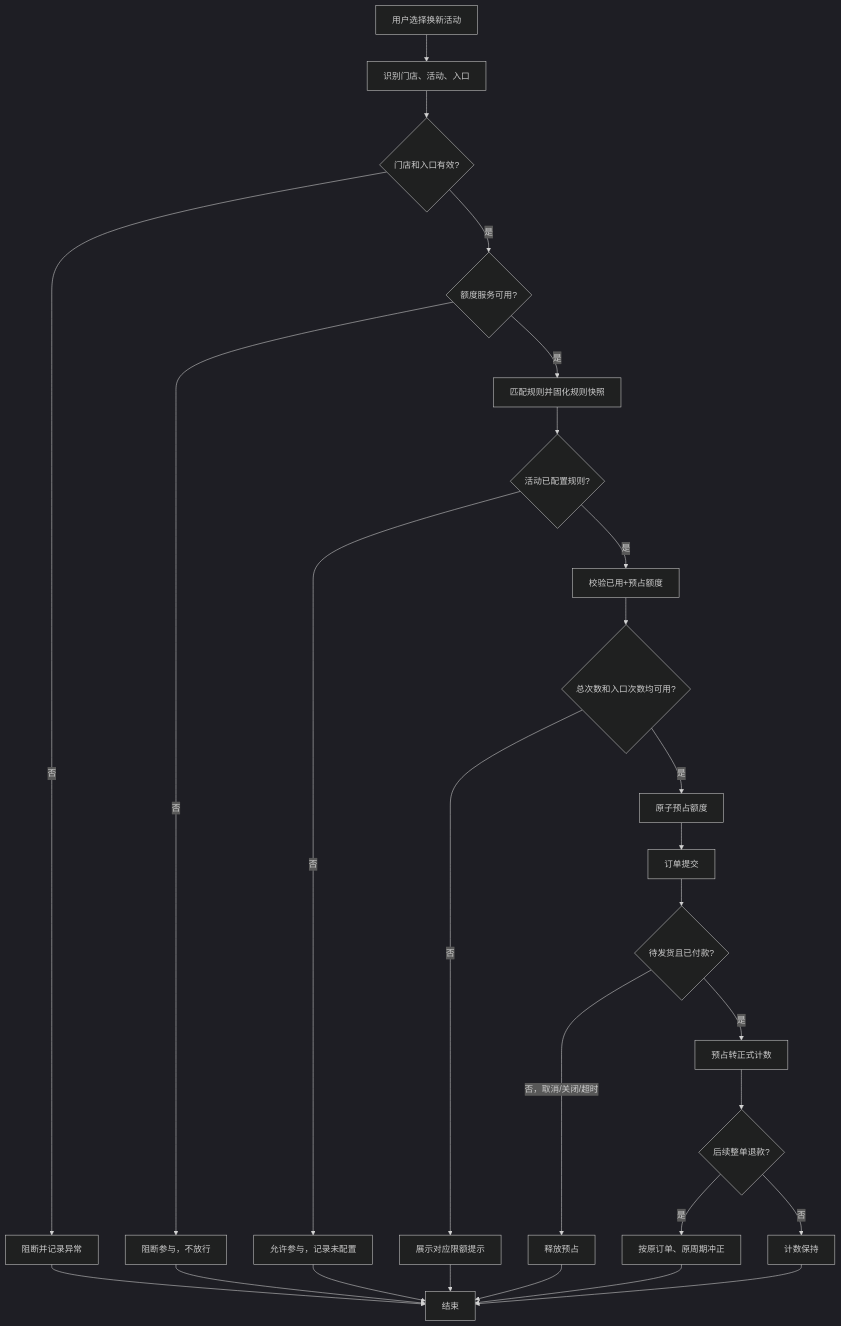
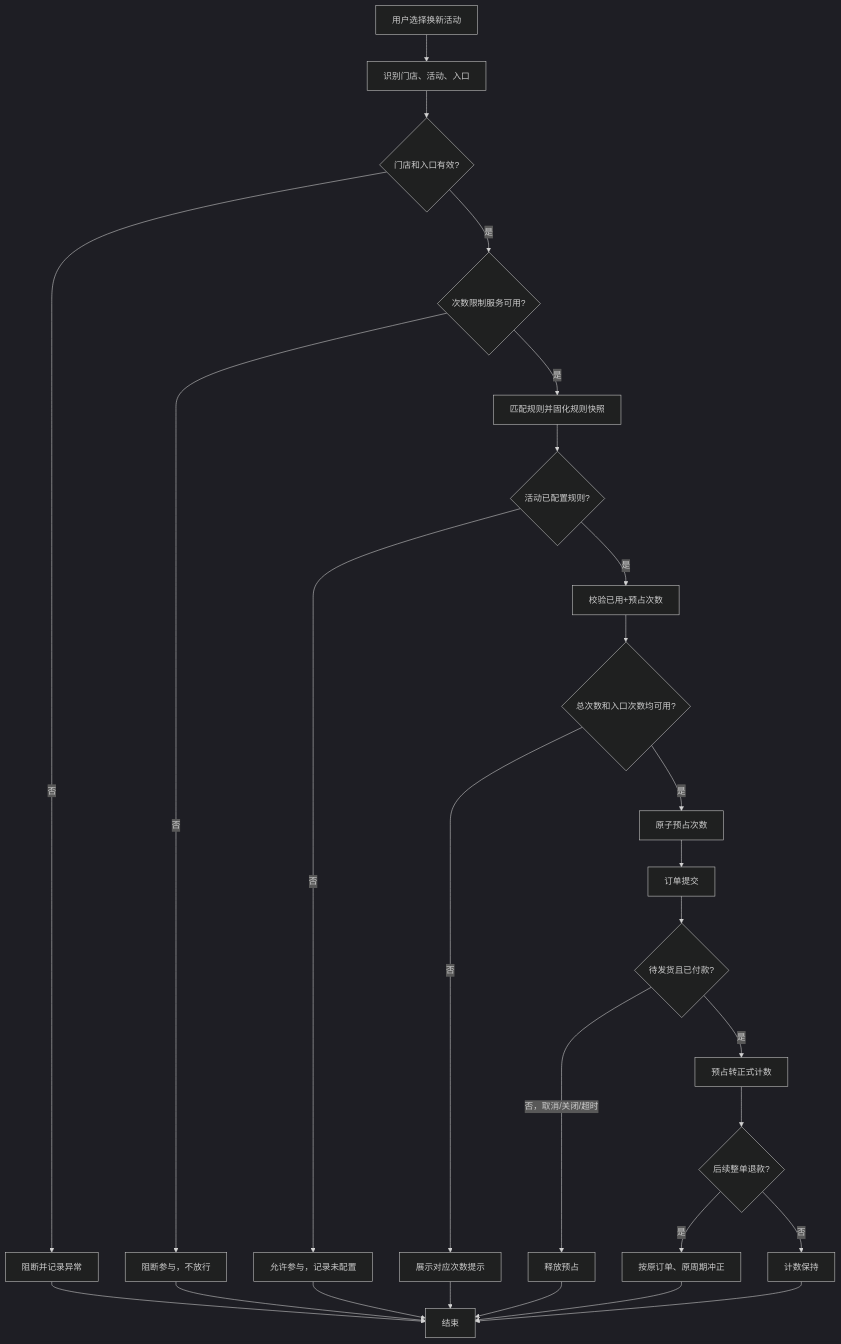
One commit to HBicon/renewal-activity-quota-review changed the diagram in prd.md. Above: the diagram before and after it, drawn with Mermaid (dark theme). The commit also changed other lines of this file and 7 other files, not shown here.

````diff
--- a/prd.md
+++ b/prd.md
@@ -316,29 +403,29 @@
 ```mermaid
 flowchart TD
     A[用户选择换新活动] --> B[识别门店、活动、入口]
     B --> C{门店和入口有效?}
     C -- 否 --> C1[阻断并记录异常]
-    C -- 是 --> D{额度服务可用?}
+    C -- 是 --> D{次数限制服务可用?}
     D -- 否 --> D1[阻断参与，不放行]
     D -- 是 --> E[匹配规则并固化规则快照]
     E --> F{活动已配置规则?}
     F -- 否 --> F1[允许参与，记录未配置]
-    F -- 是 --> G[校验已用+预占额度]
+    F -- 是 --> G[校验已用+预占次数]
     G --> H{总次数和入口次数均可用?}
-    H -- 否 --> H1[展示对应限额提示]
-    H -- 是 --> I[原子预占额度]
+    H -- 否 --> H1[展示对应次数提示]
+    H -- 是 --> I[原子预占次数]
     I --> J[订单提交]
     J --> K{待发货且已付款?}
     K -- 否，取消/关闭/超时 --> L[释放预占]
     K -- 是 --> M[预占转正式计数]
     M --> N{后续整单退款?}
     N -- 是 --> O[按原订单、原周期冲正]
     N -- 否 --> P[计数保持]
     L --> Q[结束]
     H1 --> Q
     C1 --> Q
     F1 --> Q
     D1 --> Q
     O --> Q
     P --> Q
 ```
````
